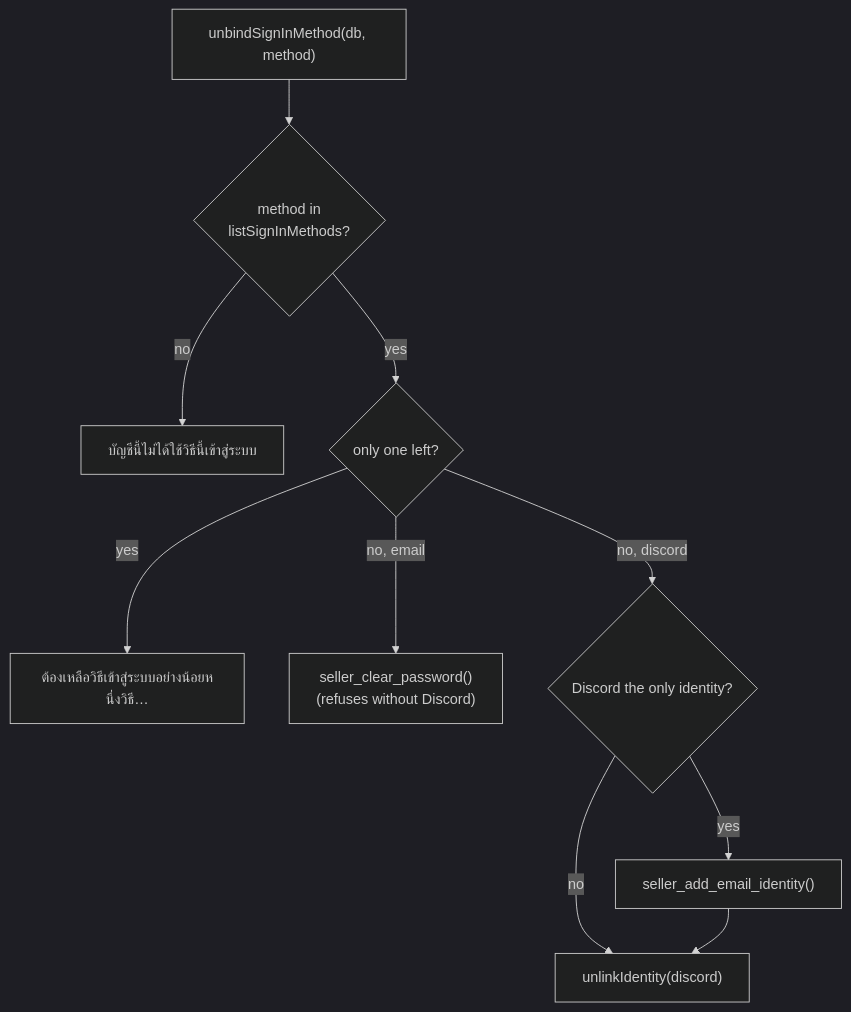
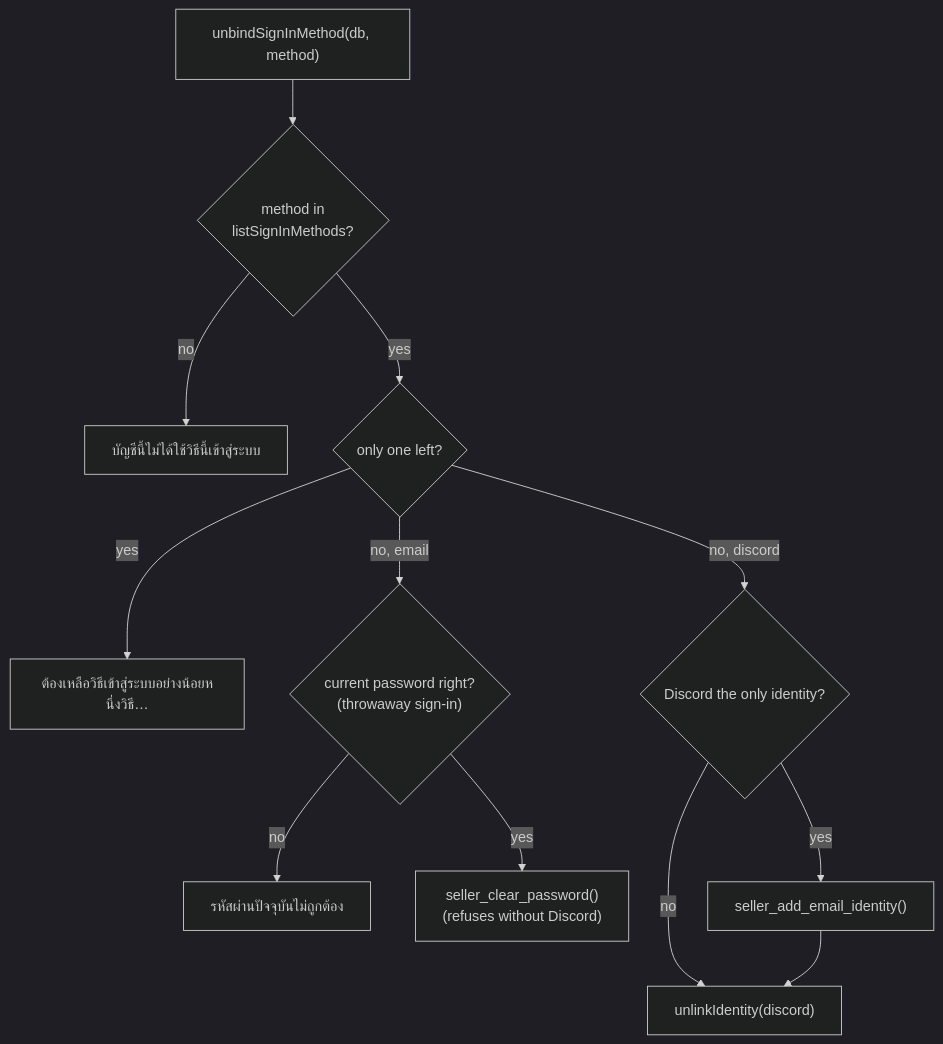
Before and after one commit to chuan-khuna/gumrai: the fifth of 9 diagrams in docs/documents/sign-in.md, drawn with Mermaid (dark theme). The commit also changed other lines of this file and 4 other files, not shown here.

````diff
--- a/docs/documents/sign-in.md
+++ b/docs/documents/sign-in.md
@@ -254,12 +257,14 @@
 ```mermaid
 flowchart TD
 	unbind["unbindSignInMethod(db, method)"] --> uses{"method in<br/>listSignInMethods?"}
 	uses -- no --> notused["บัญชีนี้ไม่ได้ใช้วิธีนี้เข้าสู่ระบบ"]
 	uses -- yes --> last{"only one left?"}
 	last -- yes --> refuse["ต้องเหลือวิธีเข้าสู่ระบบอย่างน้อยหนึ่งวิธี…"]
-	last -- "no, email" --> clear["seller_clear_password()<br/>(refuses without Discord)"]
+	last -- "no, email" --> pw{"current password right?<br/>(throwaway sign-in)"}
+	pw -- no --> wrongpw["รหัสผ่านปัจจุบันไม่ถูกต้อง"]
+	pw -- yes --> clear["seller_clear_password()<br/>(refuses without Discord)"]
 	last -- "no, discord" --> only{"Discord the only identity?"}
 	only -- yes --> add["seller_add_email_identity()"]
 	only -- no --> unlink["unlinkIdentity(discord)"]
 	add --> unlink
 ```
````
